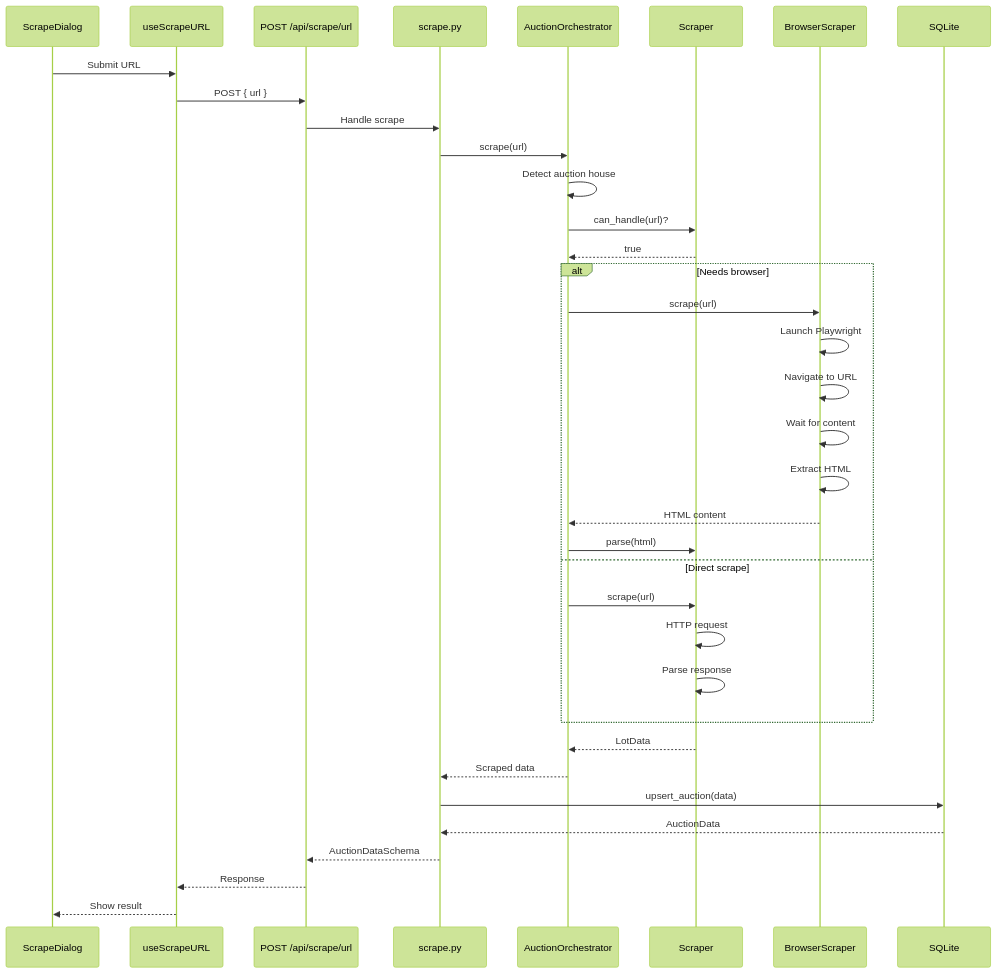
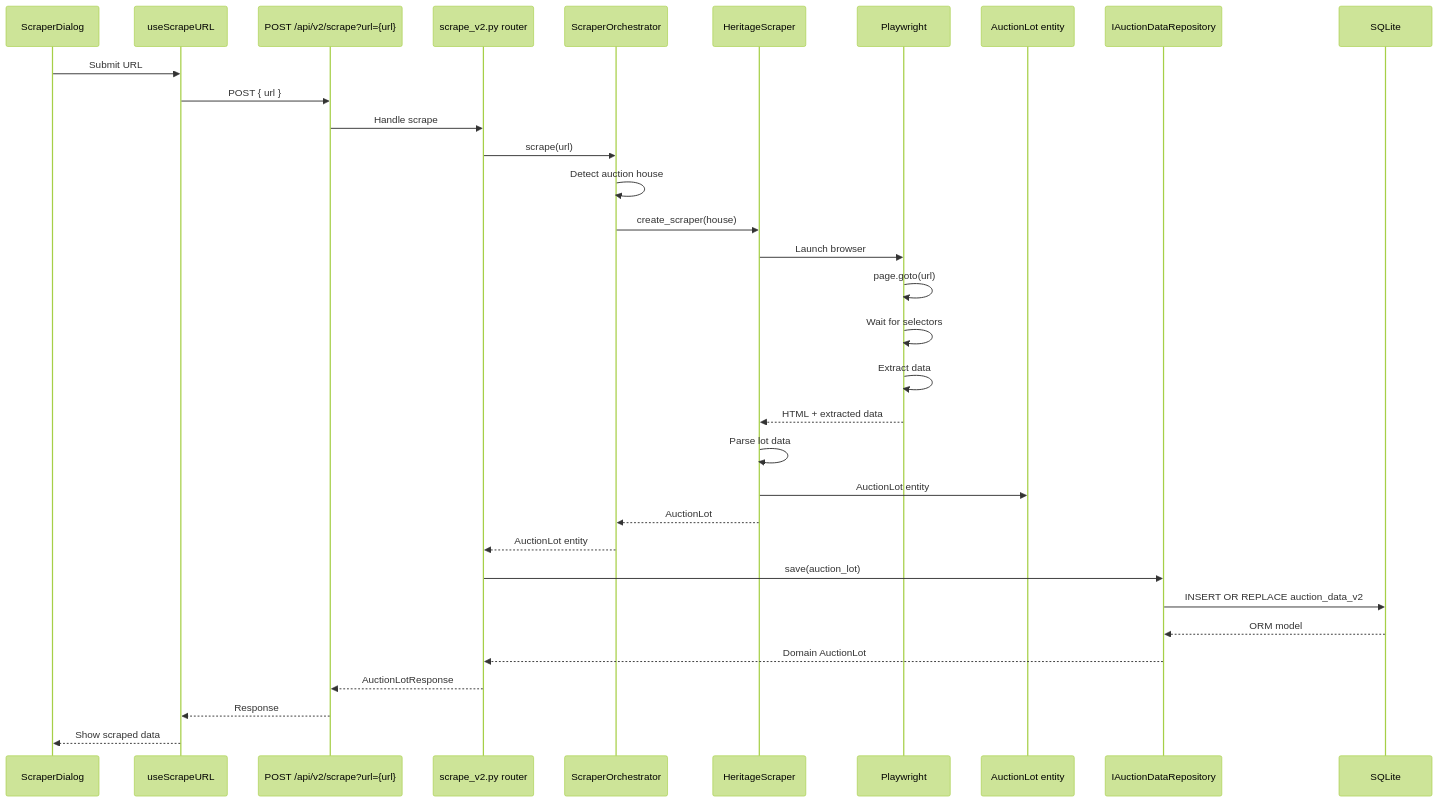
Before and after one commit to isayev/coinstack: the ninth of 18 diagrams in docs/ai-guide/06-DATA-FLOWS.md, drawn with Mermaid (forest theme). The commit also changed other lines of this file and 6 other files, not shown here.

````diff
--- a/docs/ai-guide/06-DATA-FLOWS.md
+++ b/docs/ai-guide/06-DATA-FLOWS.md
@@ -305,41 +364,38 @@
 ```mermaid
 sequenceDiagram
-    participant UI as ScrapeDialog
+    participant UI as ScraperDialog
     participant Hook as useScrapeURL
-    participant API as POST /api/scrape/url
-    participant Router as scrape.py
-    participant Orch as AuctionOrchestrator
-    participant Scraper as Scraper
-    participant Browser as BrowserScraper
+    participant API as POST /api/v2/scrape?url={url}
+    participant Router as scrape_v2.py router
+    participant Orch as ScraperOrchestrator
+    participant Scraper as HeritageScraper
+    participant Browser as Playwright
+    participant Domain as AuctionLot entity
+    participant Repo as IAuctionDataRepository
     participant DB as SQLite
 
     UI->>Hook: Submit URL
     Hook->>API: POST { url }
     API->>Router: Handle scrape
     Router->>Orch: scrape(url)
     Orch->>Orch: Detect auction house
-    Orch->>Scraper: can_handle(url)?
-    Scraper-->>Orch: true
-    
-    alt Needs browser
-        Orch->>Browser: scrape(url)
-        Browser->>Browser: Launch Playwright
-        Browser->>Browser: Navigate to URL
-        Browser->>Browser: Wait for content
-        Browser->>Browser: Extract HTML
-        Browser-->>Orch: HTML content
-        Orch->>Scraper: parse(html)
-    else Direct scrape
-        Orch->>Scraper: scrape(url)
-        Scraper->>Scraper: HTTP request
-        Scraper->>Scraper: Parse response
-    end
-    
-    Scraper-->>Orch: LotData
-    Orch-->>Router: Scraped data
-    Router->>DB: upsert_auction(data)
-    DB-->>Router: AuctionData
-    Router-->>API: AuctionDataSchema
+    Orch->>Scraper: create_scraper(house)
+
+    Scraper->>Browser: Launch browser
+    Browser->>Browser: page.goto(url)
+    Browser->>Browser: Wait for selectors
+    Browser->>Browser: Extract data
+    Browser-->>Scraper: HTML + extracted data
+    Scraper->>Scraper: Parse lot data
+    Scraper->>Domain: AuctionLot entity
+    Scraper-->>Orch: AuctionLot
+    Orch-->>Router: AuctionLot entity
+
+    Router->>Repo: save(auction_lot)
+    Repo->>DB: INSERT OR REPLACE auction_data_v2
+    DB-->>Repo: ORM model
+    Repo-->>Router: Domain AuctionLot
+    Router-->>API: AuctionLotResponse
     API-->>Hook: Response
-    Hook-->>UI: Show result
+    Hook-->>UI: Show scraped data
 ```
````
